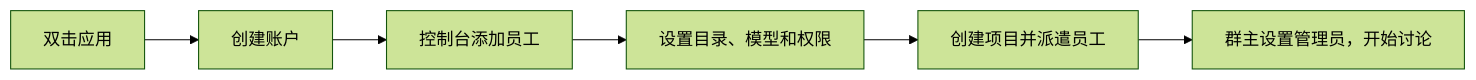
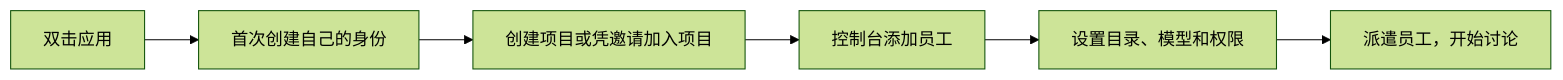
Before and after one commit to Evernight-37/distributed-agent: the diagram in docs/QUICKSTART.md, drawn with Mermaid (forest theme). The commit also changed other lines of this file and 7 other files, not shown here.

````diff
--- a/docs/QUICKSTART.md
+++ b/docs/QUICKSTART.md
@@ -3,8 +3,8 @@
 ```mermaid
 flowchart LR
-  A[双击应用] --> B[创建账户]
-  B --> C[控制台添加员工]
-  C --> D[设置目录、模型和权限]
-  D --> E[创建项目并派遣员工]
-  E --> F[群主设置管理员，开始讨论]
+  A[双击应用] --> B[首次创建自己的身份]
+  B --> C[创建项目或凭邀请加入项目]
+  C --> D[控制台添加员工]
+  D --> E[设置目录、模型和权限]
+  E --> F[派遣员工，开始讨论]
 ```
````
